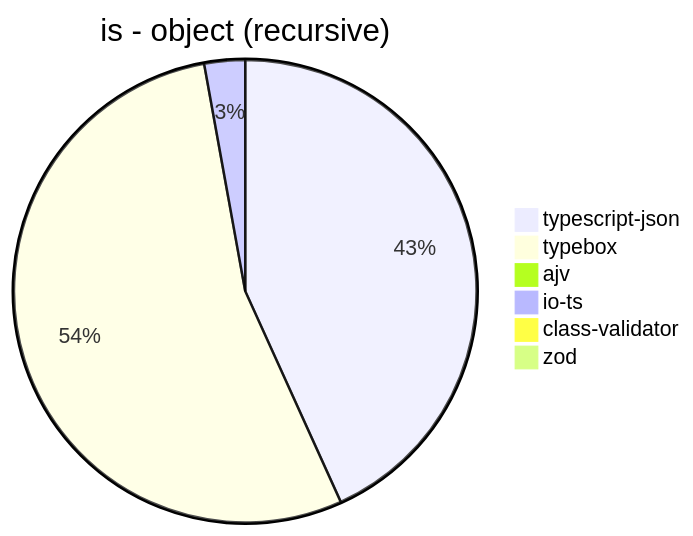
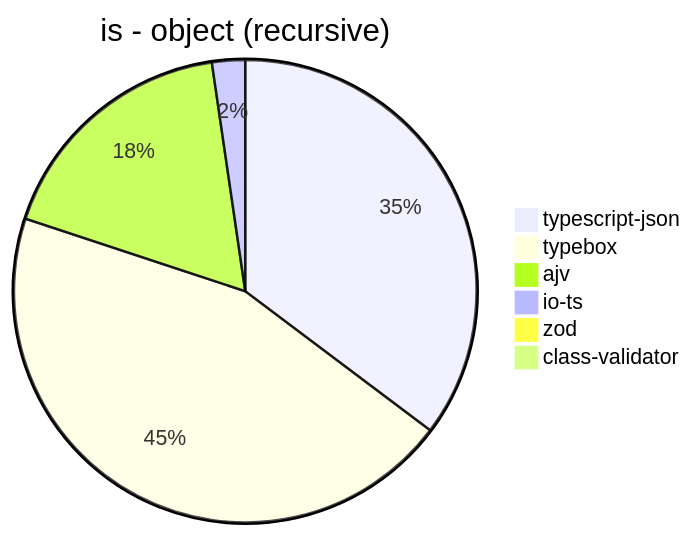
Before and after one commit to samchon/typia: the second of 39 diagrams in benchmark/results/11th Gen Intel(R) Core(TM) i5-1135G7 @ 2.40GHz.md, drawn with Mermaid. The commit also changed other lines of this file and 177 other files, not shown here.

````diff
--- a/benchmark/results/11th Gen Intel(R) Core(TM) i5-1135G7 @ 2.40GHz.md
+++ b/benchmark/results/11th Gen Intel(R) Core(TM) i5-1135G7 @ 2.40GHz.md
@@ -32,9 +32,9 @@
 ```mermaid
 pie title is - object (recursive)
-  "typescript-json": 67586.9525041582
-  "typebox": 84318.91891891892
-  "ajv": 0
-  "io-ts": 4452.492944496707
-  "class-validator": 40.386803185438
-  "zod": 71.82422451994091
+  "typescript-json": 66141.00426162683
+  "typebox": 84053.78304466727
+  "ajv": 33031.31710808876
+  "io-ts": 4336.317851147174
+  "zod": 71.48148148148148
+  "class-validator": 38.63298662704309
 ```
````
